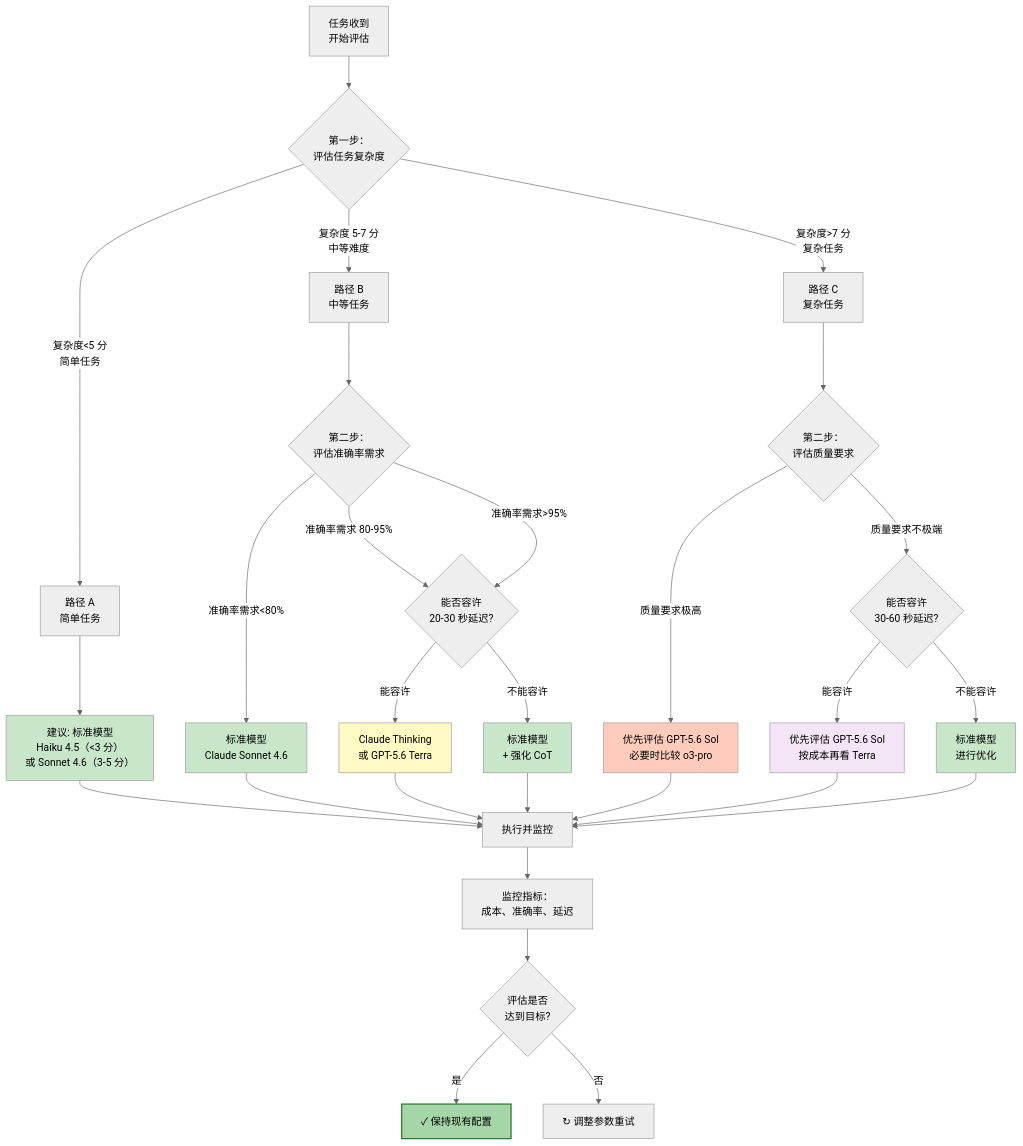
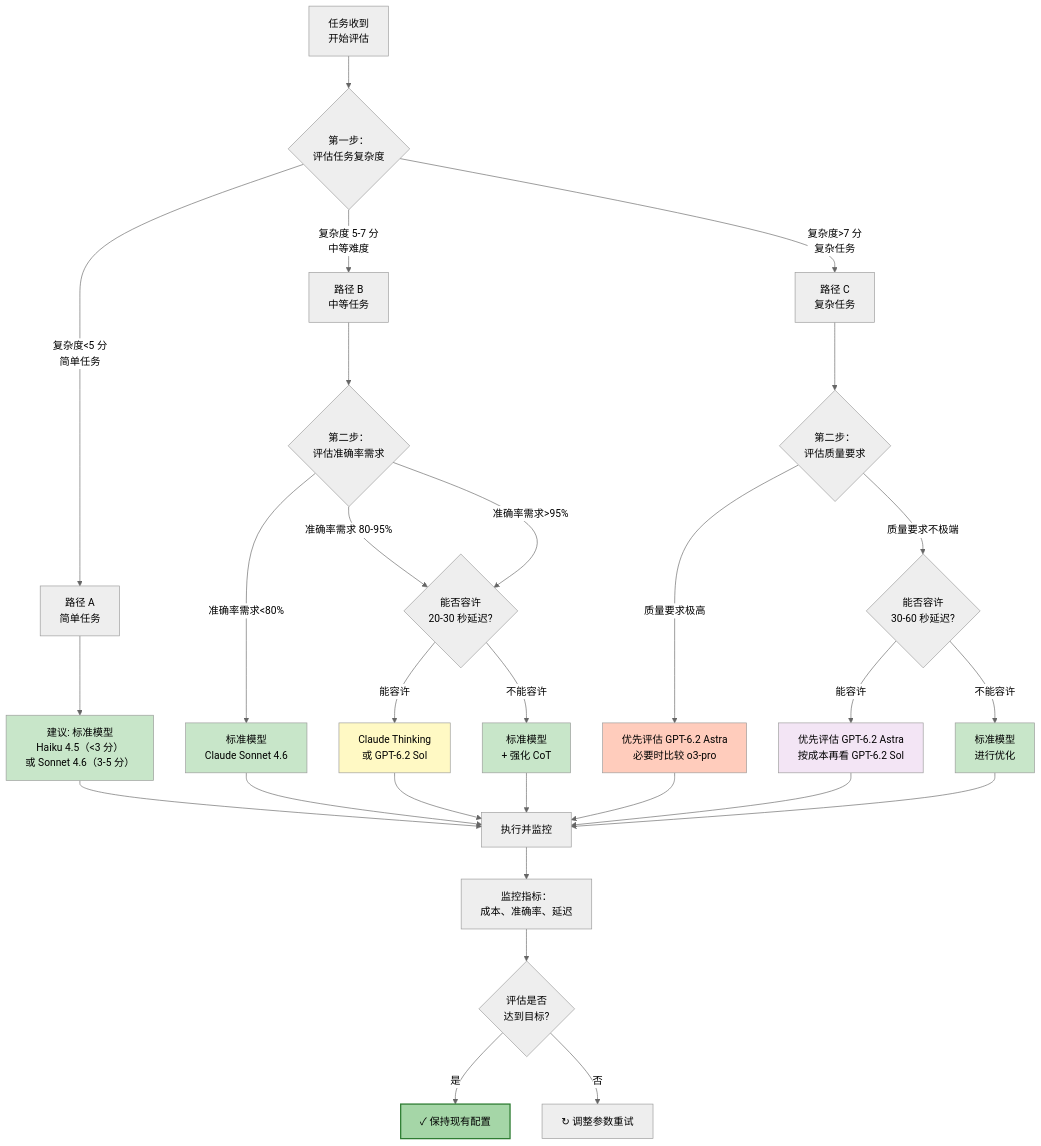
One commit to yeasy/prompt_engineering_guide changed the fourth of 4 diagrams in 06_chain_of_thought/6.6_reasoning_decision_framework.md. Above: the diagram before and after it, drawn with Mermaid (neutral theme). The commit also changed other lines of this file and 27 other files, not shown here.

````diff
--- a/06_chain_of_thought/6.6_reasoning_decision_framework.md
+++ b/06_chain_of_thought/6.6_reasoning_decision_framework.md
@@ -647,47 +647,47 @@
 ```mermaid
 graph TD
     Root["任务收到<br/>开始评估"] --> Step1{"第一步：<br/>评估任务复杂度"}
 
     Step1 -->|复杂度<5 分<br/>简单任务| Path1["路径 A<br/>简单任务"]
     Step1 -->|复杂度 5-7 分<br/>中等难度| Path2["路径 B<br/>中等任务"]
     Step1 -->|复杂度>7 分<br/>复杂任务| Path3["路径 C<br/>复杂任务"]
 
     Path1 --> Dec1["建议: 标准模型<br/>Haiku 4.5（<3 分）<br/>或 Sonnet 4.6（3-5 分）"]
     Path2 --> Step2{"第二步：<br/>评估准确率需求"}
     Path3 --> Step3{"第二步：<br/>评估质量要求"}
 
     Step2 -->|准确率需求<80%| Dec2["标准模型<br/>Claude Sonnet 4.6"]
     Step2 -->|准确率需求 80-95%| Step4{"能否容许<br/>20-30 秒延迟?"}
     Step2 -->|准确率需求>95%| Step4
 
     Step3 -->|质量要求不极端| Step5{"能否容许<br/>30-60 秒延迟?"}
-    Step3 -->|质量要求极高| Dec5["优先评估 GPT-5.6 Sol<br/>必要时比较 o3-pro"]
+    Step3 -->|质量要求极高| Dec5["优先评估 GPT-6.2 Astra<br/>必要时比较 o3-pro"]
 
-    Step4 -->|能容许| Dec3["Claude Thinking<br/>或 GPT-5.6 Terra"]
+    Step4 -->|能容许| Dec3["Claude Thinking<br/>或 GPT-6.2 Sol"]
     Step4 -->|不能容许| Dec4["标准模型<br/>+ 强化 CoT"]
 
-    Step5 -->|能容许| Dec6["优先评估 GPT-5.6 Sol<br/>按成本再看 Terra"]
+    Step5 -->|能容许| Dec6["优先评估 GPT-6.2 Astra<br/>按成本再看 GPT-6.2 Sol"]
     Step5 -->|不能容许| Dec7["标准模型<br/>进行优化"]
 
     Dec1 --> Implement["执行并监控"]
     Dec2 --> Implement
     Dec3 --> Implement
     Dec4 --> Implement
     Dec5 --> Implement
     Dec6 --> Implement
     Dec7 --> Implement
 
     Implement --> Monitor["监控指标：<br/>成本、准确率、延迟"]
     Monitor --> Review{"评估是否<br/>达到目标?"}
     Review -->|是| Success["✓ 保持现有配置"]
     Review -->|否| Optimize["↻ 调整参数重试"]
 
     style Dec1 fill:#c8e6c9
     style Dec2 fill:#c8e6c9
     style Dec3 fill:#fff9c4
     style Dec4 fill:#c8e6c9
     style Dec5 fill:#ffccbc
     style Dec6 fill:#f3e5f5
     style Dec7 fill:#c8e6c9
     style Success fill:#a5d6a7,stroke:#2e7d32,stroke-width:2px
 ```
````
